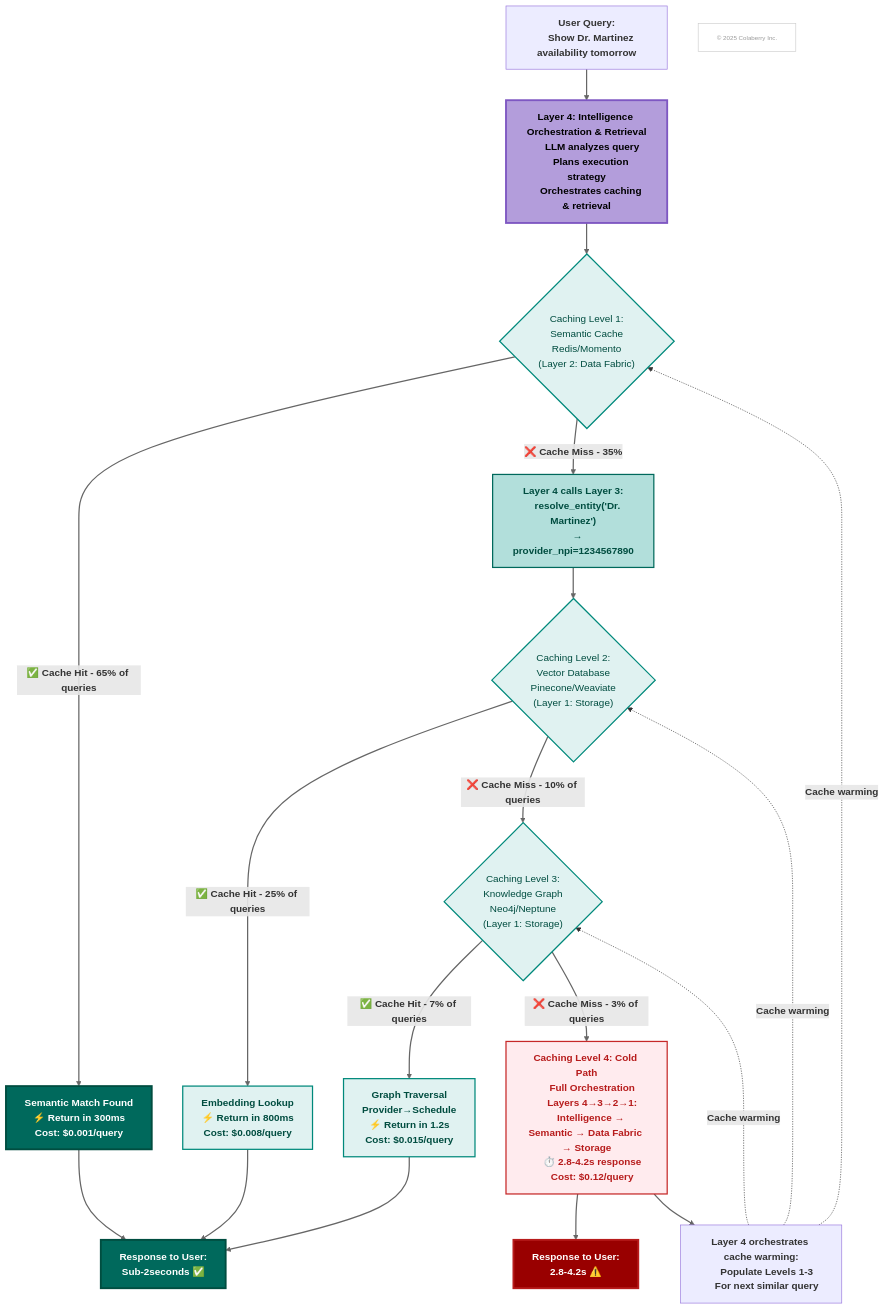
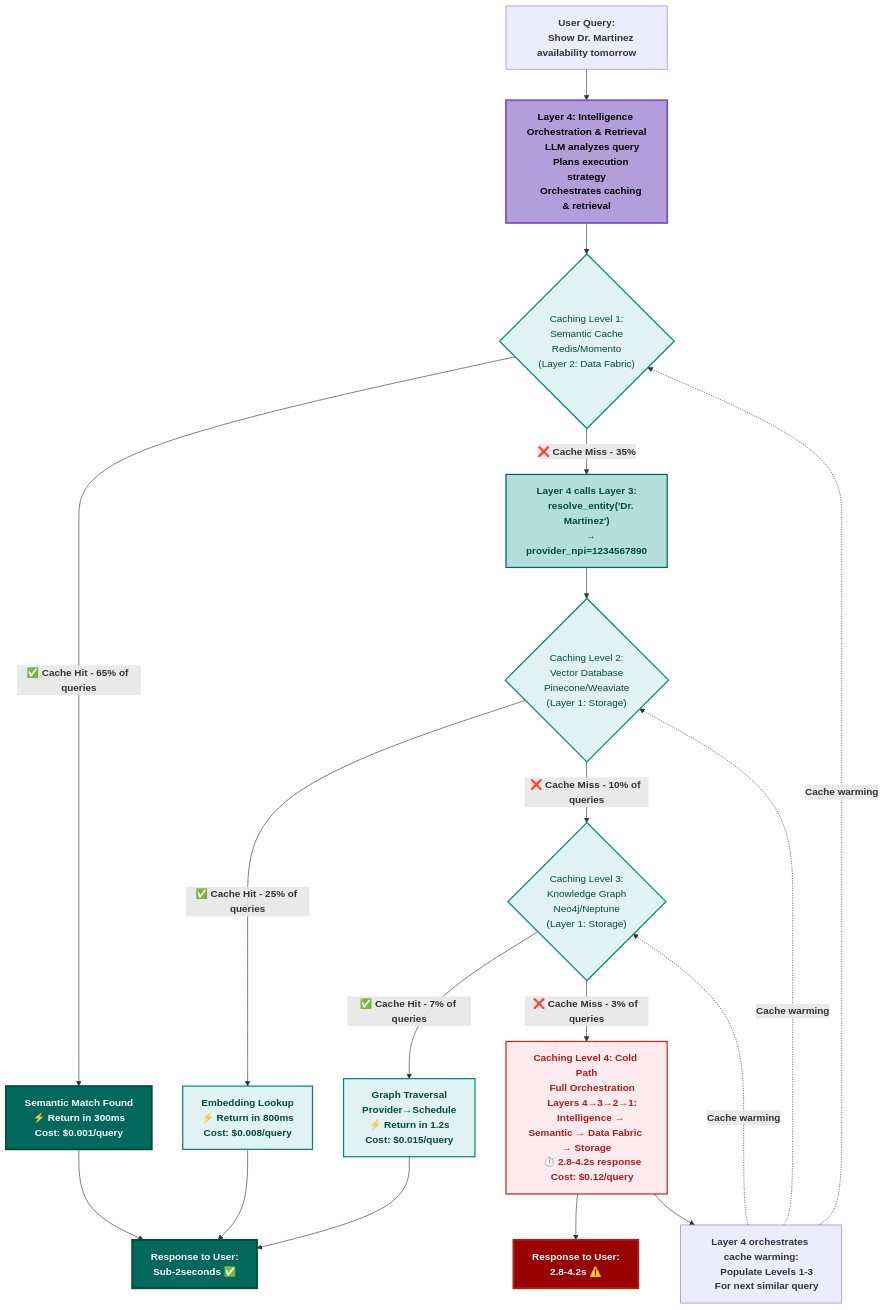
One commit to colaberry/enterprise-data-readiness-ai-agents changed the fifth of 11 diagrams in chapter-02/chapter_2_complete.md. Above: the diagram before and after it, drawn with Mermaid. The commit also changed other lines of this file, not shown here.

First line of the commit message:
link styles removed

````diff
--- a/chapter-02/chapter_2_complete.md
+++ b/chapter-02/chapter_2_complete.md
@@ -799,22 +759,4 @@
     style L1 fill:#e0f2f1,stroke:#00897b,stroke-width:2px,color:#004d40
     style L2 fill:#e0f2f1,stroke:#00897b,stroke-width:2px,color:#004d40
     style L3 fill:#e0f2f1,stroke:#00897b,stroke-width:2px,color:#004d40
-    
-    COPYRIGHT["© 2025 Colaberry Inc."]
-    style COPYRIGHT fill:#ffffff,stroke:#cccccc,stroke-width:1px,color:#999999,font-size:10px
-
-    linkStyle 0 stroke:#666666,stroke-width:2px
-    linkStyle 1 stroke:#666666,stroke-width:2px
-    linkStyle 2 stroke:#666666,stroke-width:2px
-    linkStyle 3 stroke:#666666,stroke-width:2px
-    linkStyle 4 stroke:#666666,stroke-width:2px
-    linkStyle 5 stroke:#666666,stroke-width:2px
-    linkStyle 6 stroke:#666666,stroke-width:2px
-    linkStyle 7 stroke:#666666,stroke-width:2px
-    linkStyle 8 stroke:#666666,stroke-width:2px
-    linkStyle 9 stroke:#666666,stroke-width:2px
-    linkStyle 10 stroke:#666666,stroke-width:2px
-    linkStyle 11 stroke:#666666,stroke-width:2px
-    linkStyle 12 stroke:#666666,stroke-width:2px
-    linkStyle 13 stroke:#666666,stroke-width:2px
 ```
````
